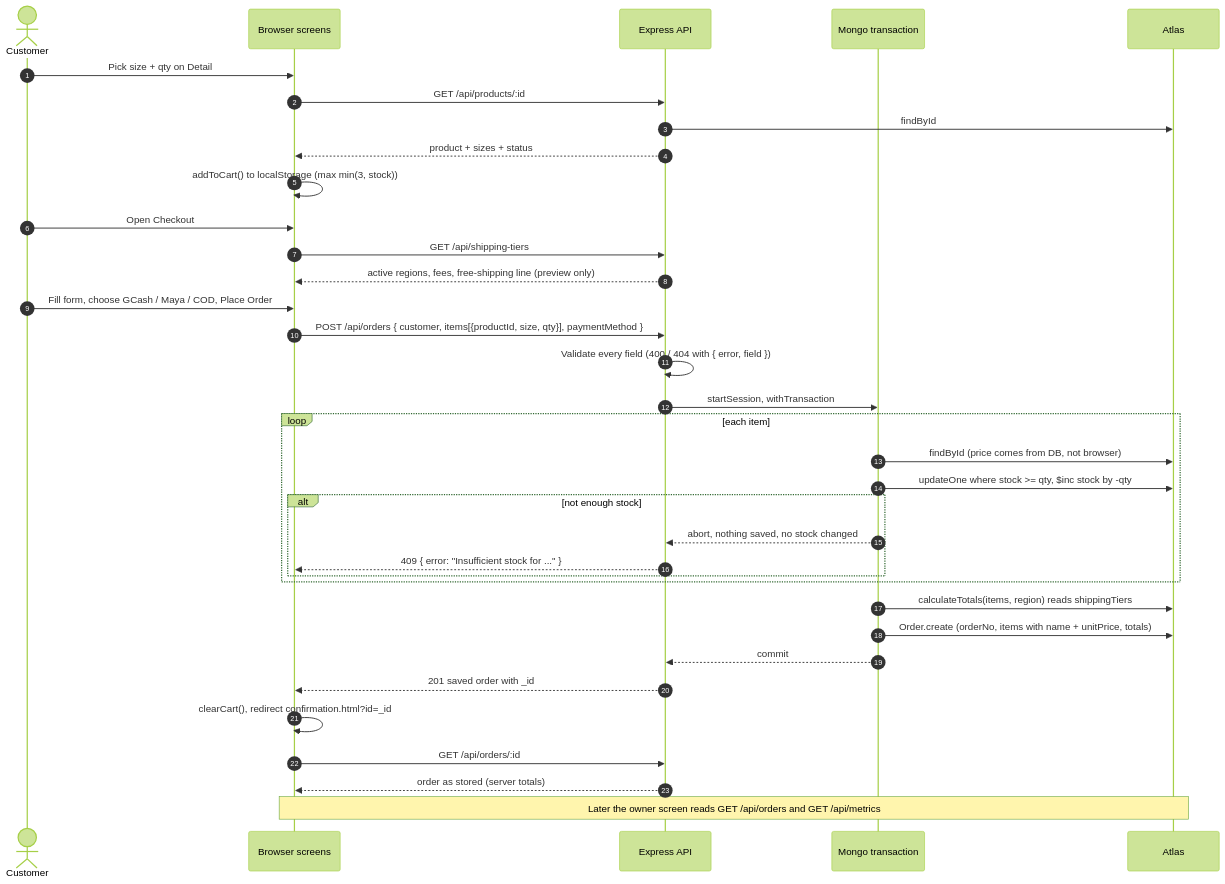
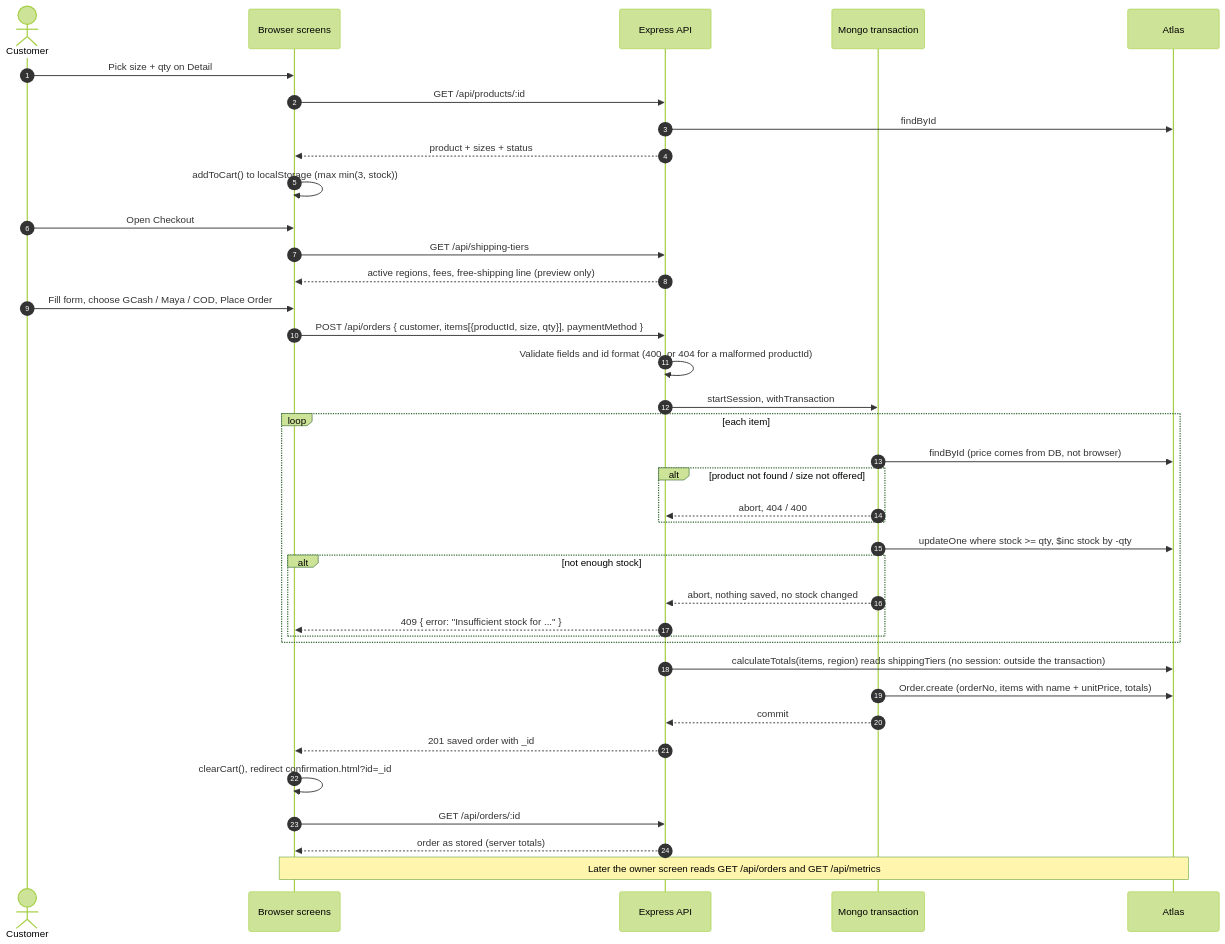
One commit to DarkhanNW/GC2-MVP changed the second of 2 diagrams in docs/system-diagram.md. Above: the diagram before and after it, drawn with Mermaid (forest theme). The commit also changed other lines of this file, not shown here.

Commit message:
Docs: show tier read outside transaction, 404 inside it, orders→products ref

````diff
--- a/docs/system-diagram.md
+++ b/docs/system-diagram.md
@@ -65,38 +66,41 @@
 ```mermaid
 sequenceDiagram
   autonumber
   actor C as Customer
   participant UI as Browser screens
   participant API as Express API
   participant TX as Mongo transaction
   participant DB as Atlas
 
   C->>UI: Pick size + qty on Detail
   UI->>API: GET /api/products/:id
   API->>DB: findById
   API-->>UI: product + sizes + status
   UI->>UI: addToCart() to localStorage (max min(3, stock))
   C->>UI: Open Checkout
   UI->>API: GET /api/shipping-tiers
   API-->>UI: active regions, fees, free-shipping line (preview only)
   C->>UI: Fill form, choose GCash / Maya / COD, Place Order
   UI->>API: POST /api/orders { customer, items[{productId, size, qty}], paymentMethod }
-  API->>API: Validate every field (400 / 404 with { error, field })
+  API->>API: Validate fields and id format (400, or 404 for a malformed productId)
   API->>TX: startSession, withTransaction
   loop each item
     TX->>DB: findById (price comes from DB, not browser)
+    alt product not found / size not offered
+      TX-->>API: abort, 404 / 400
+    end
     TX->>DB: updateOne where stock >= qty, $inc stock by -qty
     alt not enough stock
       TX-->>API: abort, nothing saved, no stock changed
       API-->>UI: 409 { error: "Insufficient stock for ..." }
     end
   end
-  TX->>DB: calculateTotals(items, region) reads shippingTiers
+  API->>DB: calculateTotals(items, region) reads shippingTiers (no session: outside the transaction)
   TX->>DB: Order.create (orderNo, items with name + unitPrice, totals)
   TX-->>API: commit
   API-->>UI: 201 saved order with _id
   UI->>UI: clearCart(), redirect confirmation.html?id=_id
   UI->>API: GET /api/orders/:id
   API-->>UI: order as stored (server totals)
   Note over UI,DB: Later the owner screen reads GET /api/orders and GET /api/metrics
 ```
````
